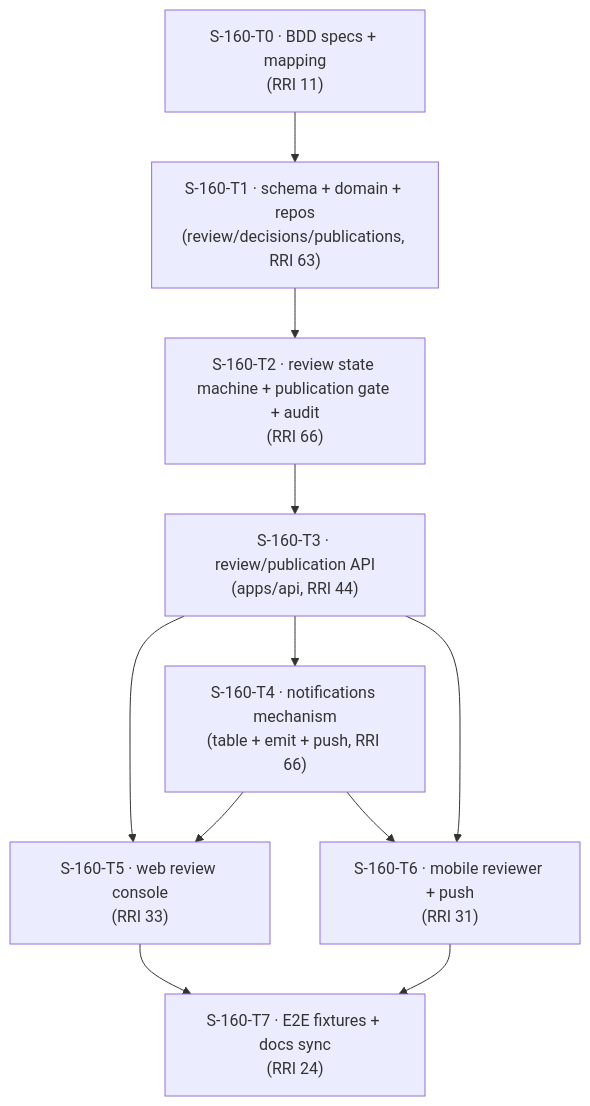
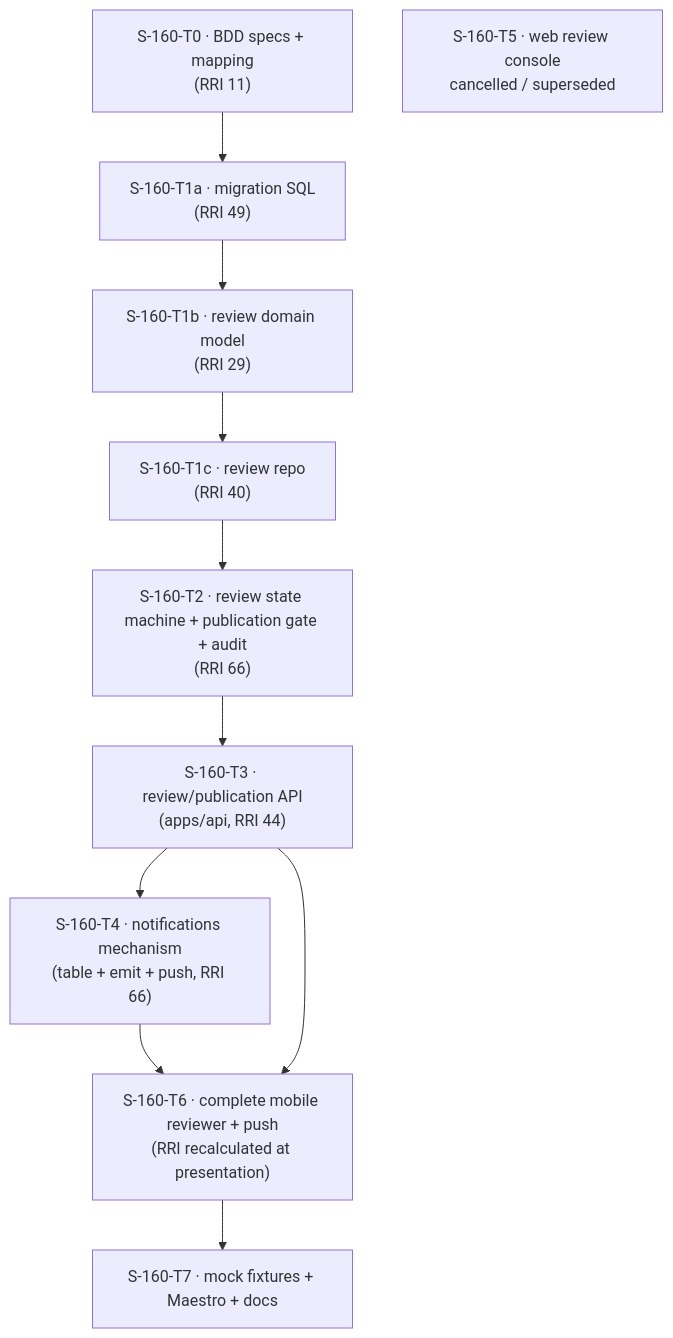
One commit to krukmat/dubbridge changed the diagram in docs/plan/s-160-review-publication-workspace.md. Above: the diagram before and after it, drawn with Mermaid. The commit also changed other lines of this file and 15 other files, not shown here.

````diff
--- a/docs/plan/s-160-review-publication-workspace.md
+++ b/docs/plan/s-160-review-publication-workspace.md
@@ -117,22 +119,23 @@
 ```mermaid
 flowchart TD
     T0["S-160-T0 · BDD specs + mapping<br/>(RRI 11)"]
-    T1["S-160-T1 · schema + domain + repos<br/>(review/decisions/publications, RRI 63)"]
+    T1a["S-160-T1a · migration SQL<br/>(RRI 49)"]
+    T1b["S-160-T1b · review domain model<br/>(RRI 29)"]
+    T1c["S-160-T1c · review repo<br/>(RRI 40)"]
     T2["S-160-T2 · review state machine + publication gate + audit<br/>(RRI 66)"]
     T3["S-160-T3 · review/publication API<br/>(apps/api, RRI 44)"]
     T4["S-160-T4 · notifications mechanism<br/>(table + emit + push, RRI 66)"]
-    T5["S-160-T5 · web review console<br/>(RRI 33)"]
-    T6["S-160-T6 · mobile reviewer + push<br/>(RRI 31)"]
-    T7["S-160-T7 · E2E fixtures + docs sync<br/>(RRI 24)"]
+    T5["S-160-T5 · web review console<br/>cancelled / superseded"]
+    T6["S-160-T6 · complete mobile reviewer + push<br/>(RRI recalculated at presentation)"]
+    T7["S-160-T7 · mock fixtures + Maestro + docs"]
 
-    T0 --> T1
-    T1 --> T2
+    T0 --> T1a
+    T1a --> T1b
+    T1b --> T1c
+    T1c --> T2
     T2 --> T3
     T3 --> T4
-    T3 --> T5
-    T4 --> T5
     T4 --> T6
     T3 --> T6
-    T5 --> T7
     T6 --> T7
 ```
````
